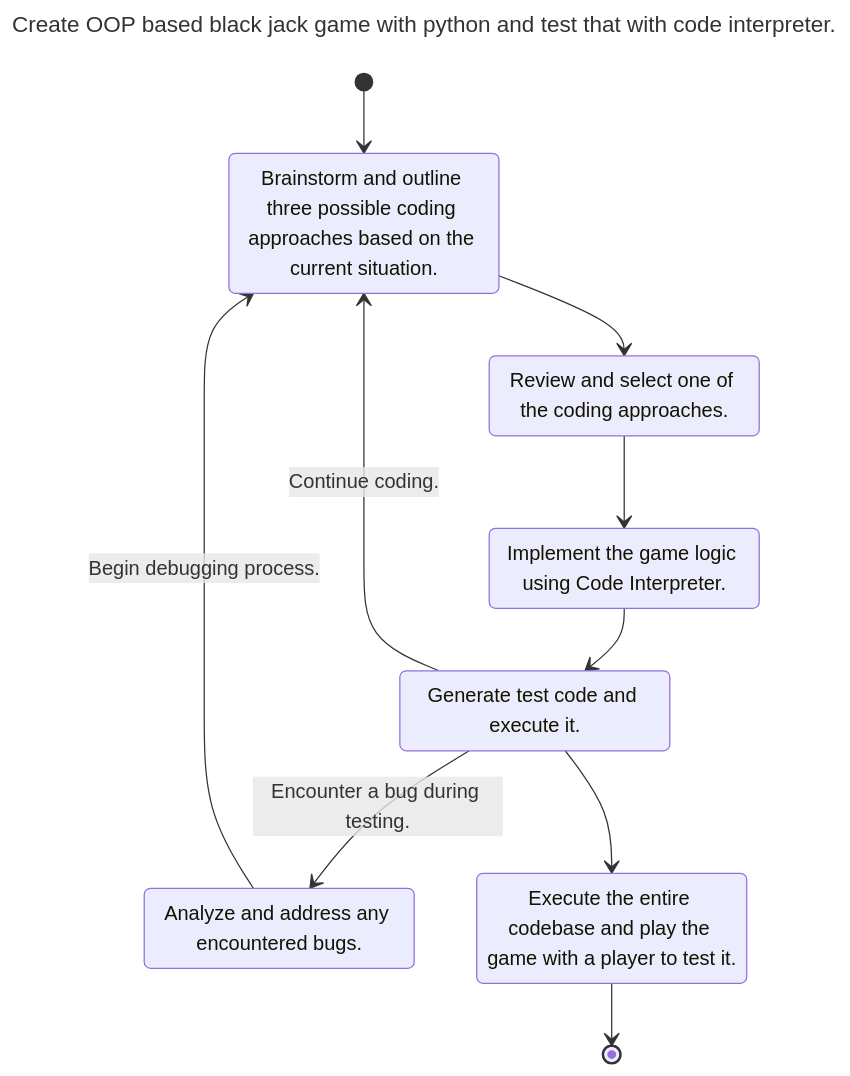
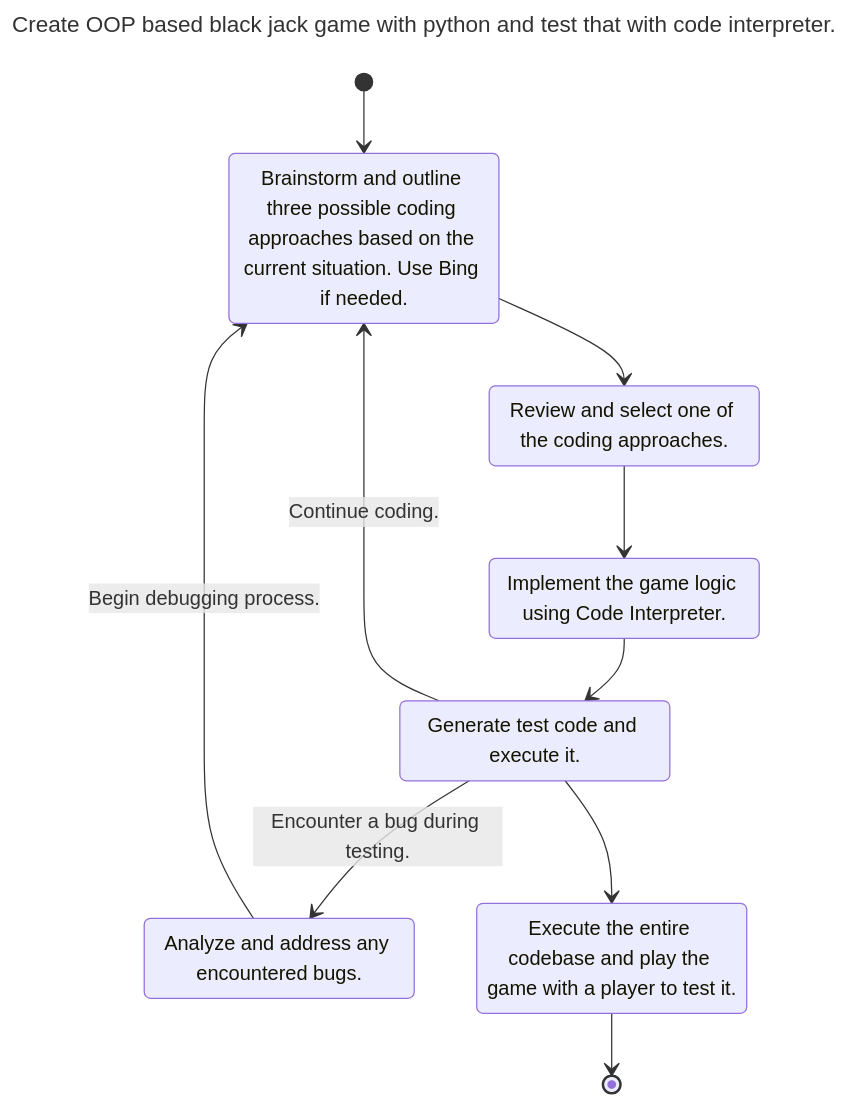
One commit to fladdict/llmermaid changed the fifth of 5 diagrams in README.md. Above: the diagram before and after it, drawn with Mermaid. The commit also changed other lines of this file, not shown here.

````diff
--- a/README.md
+++ b/README.md
@@ -165,22 +165,22 @@
 ```mermaid
 ---
 title: Create OOP based black jack game with python and test that with code interpreter.
 ---
 stateDiagram-v2
 [*] --> A
 A --> B
 B --> C
 C --> D
 D --> A: Continue coding.
 D --> E: Encounter a bug during testing.
 E --> A: Begin debugging process.
 D --> F
 F --> [*]
 
-A: Brainstorm and outline three possible coding approaches based on the current situation.
+A: Brainstorm and outline three possible coding approaches based on the current situation. Use Bing if needed.
 B: Review and select one of the coding approaches.
 C: Implement the game logic using Code Interpreter.
 D: Generate test code and execute it.
 E: Analyze and address any encountered bugs.
 F: Execute the entire codebase and play the game with a player to test it.
 ```
````
